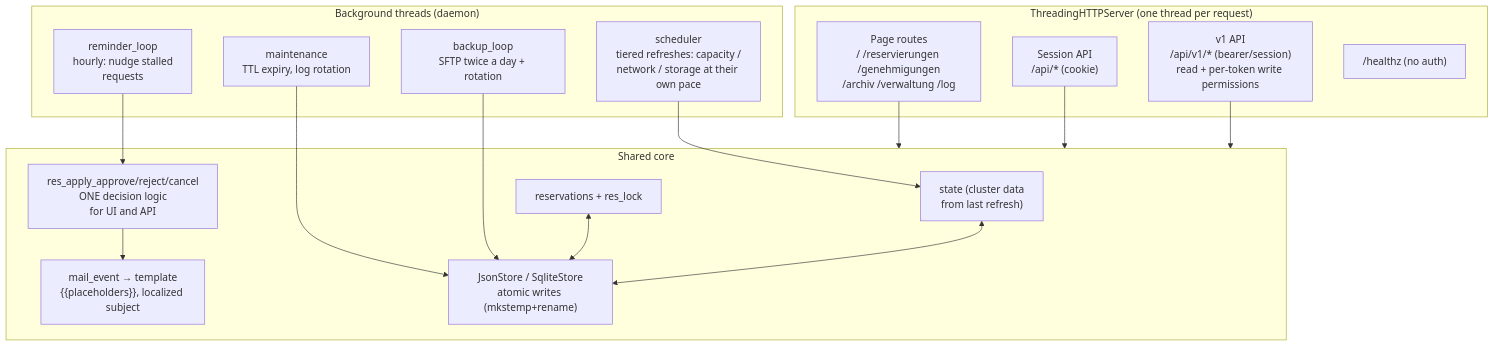
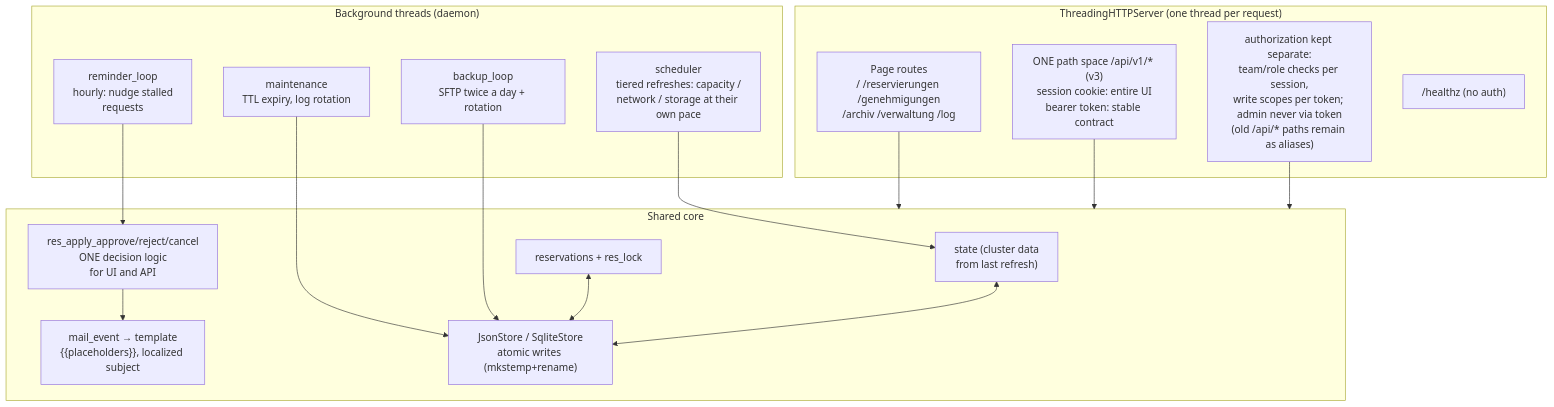
One commit to marcobockelbrink/marcobockelbrink.github.io changed the second of 6 diagrams in docs/ARCHITECTURE.en.md. Above: the diagram before and after it, drawn with Mermaid. The commit also changed 13 other files, not shown here.

````diff
--- a/docs/ARCHITECTURE.en.md
+++ b/docs/ARCHITECTURE.en.md
@@ -67,32 +67,32 @@
 ```mermaid
 flowchart TB
     subgraph HTTP["ThreadingHTTPServer (one thread per request)"]
         R1["Page routes<br/>/ /reservierungen /genehmigungen<br/>/archiv /verwaltung /log"]
-        R2["Session API<br/>/api/* (cookie)"]
-        R3["v1 API<br/>/api/v1/* (bearer/session)<br/>read + per-token write permissions"]
+        R2["ONE path space /api/v1/* (v3)<br/>session cookie: entire UI<br/>bearer token: stable contract"]
+        R3["authorization kept separate:<br/>team/role checks per session,<br/>write scopes per token; admin never via token<br/>(old /api/* paths remain as aliases)"]
         R4["/healthz (no auth)"]
     end
 
     subgraph BG["Background threads (daemon)"]
         T1["scheduler<br/>tiered refreshes: capacity /<br/>network / storage at their own pace"]
         T2["maintenance<br/>TTL expiry, log rotation"]
         T3["backup_loop<br/>SFTP twice a day + rotation"]
         T4["reminder_loop<br/>hourly: nudge stalled<br/>requests"]
     end
 
     subgraph CORE["Shared core"]
         ST["state (cluster data<br/>from last refresh)"]
         RES["reservations + res_lock"]
         DEC["res_apply_approve/reject/cancel<br/>ONE decision logic<br/>for UI and API"]
         MAIL["mail_event → template<br/>{{placeholders}}, localized subject"]
         STORE["JsonStore / SqliteStore<br/>atomic writes (mkstemp+rename)"]
     end
 
     R1 & R2 & R3 --> CORE
     T1 --> ST
     T2 & T3 --> STORE
     T4 --> DEC
     DEC --> MAIL
     RES <--> STORE
     ST <--> STORE
 ```
````
